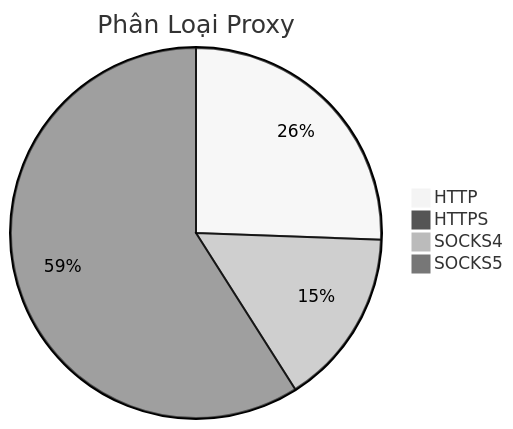
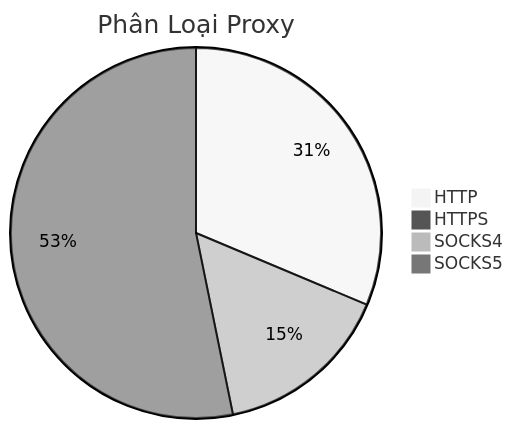
The diagram in README.md (Ciara-12/PROXY-free), drawn with Mermaid (neutral theme) before and after one commit. The commit also changed other lines of this file and 4 other files, not shown here.

````diff
--- a/README.md
+++ b/README.md
@@ -26,7 +26,7 @@
 ```mermaid
 pie title Phân Loại Proxy
-    "HTTP" : 503
-    "HTTPS" : 2
-    "SOCKS4" : 303
-    "SOCKS5" : 1160
+    "HTTP" : 759
+    "HTTPS" : 0
+    "SOCKS4" : 375
+    "SOCKS5" : 1289
 ```
````
